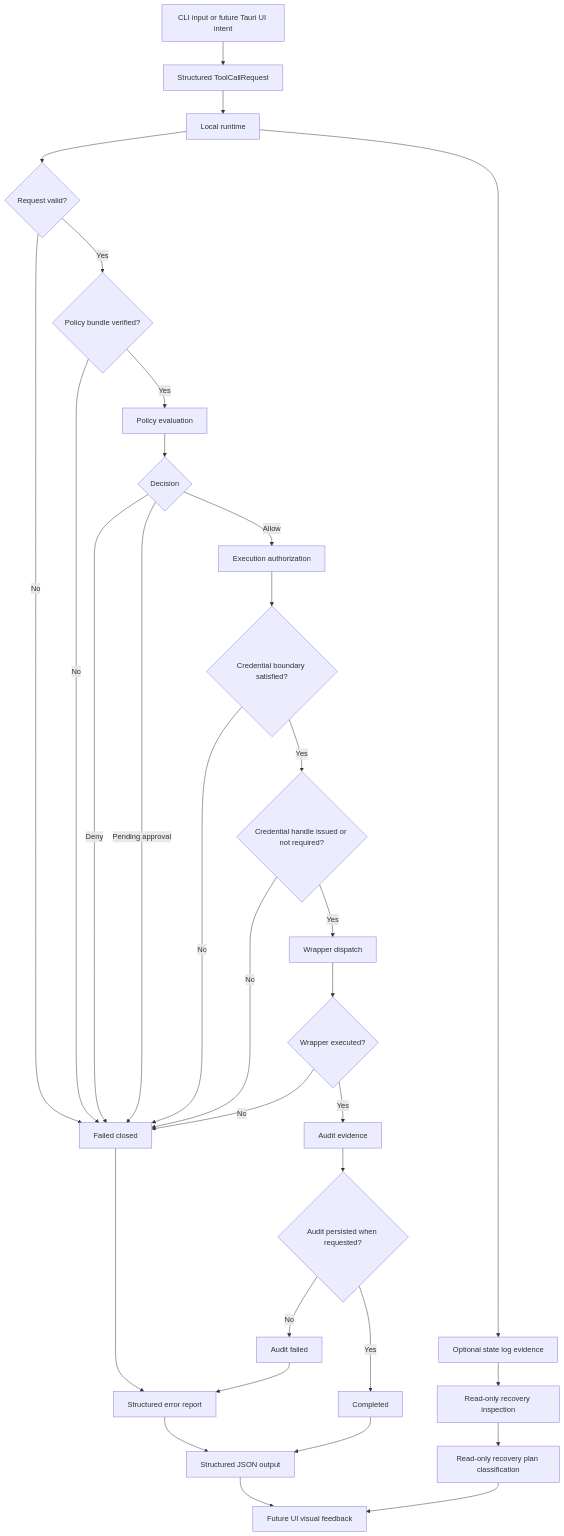
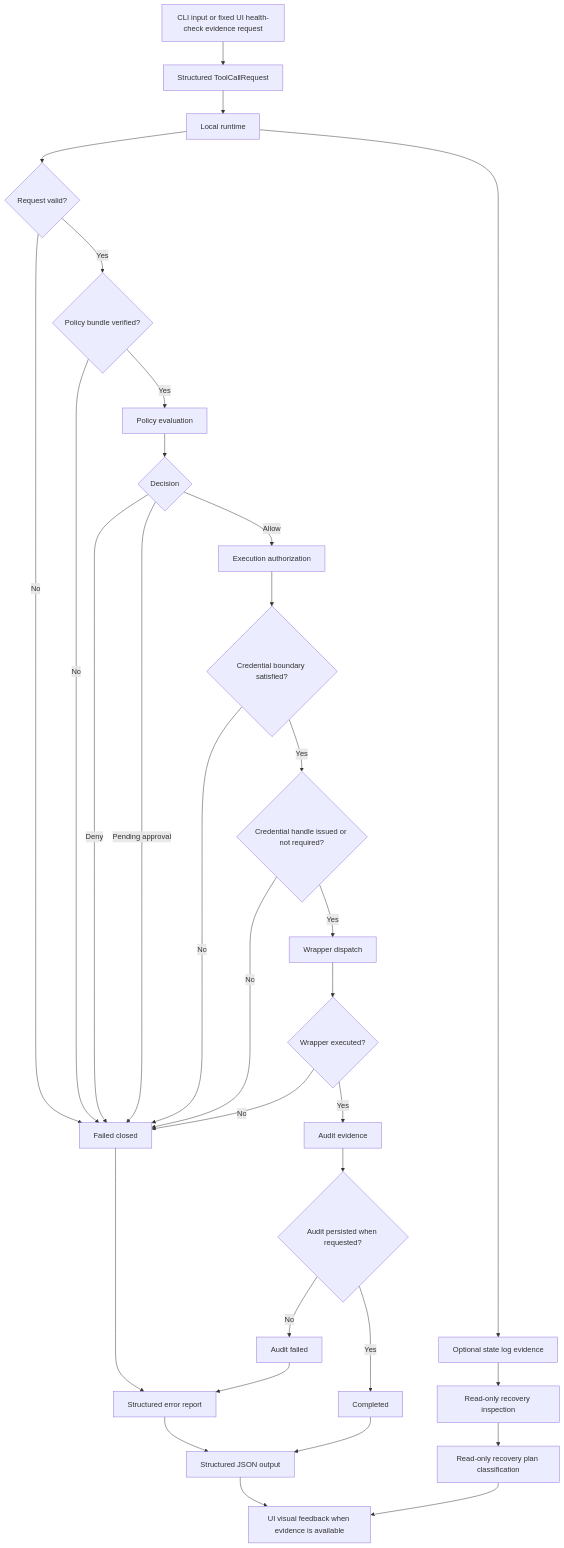
The diagram in docs/wiki/02-execution-flow.md (irgordon/aegis), drawn with Mermaid before and after one commit. The commit also changed other lines of this file and 12 other files, not shown here.

````diff
--- a/docs/wiki/02-execution-flow.md
+++ b/docs/wiki/02-execution-flow.md
@@ -37,34 +38,34 @@
 ```mermaid
 flowchart TD
-    A["CLI input or future Tauri UI intent"] --> B["Structured ToolCallRequest"]
+    A["CLI input or fixed UI health-check evidence request"] --> B["Structured ToolCallRequest"]
     B --> C["Local runtime"]
     C --> D{"Request valid?"}
     D -- "No" --> X["Failed closed"]
     D -- "Yes" --> E{"Policy bundle verified?"}
     E -- "No" --> X
     E -- "Yes" --> F["Policy evaluation"]
     F --> G{"Decision"}
     G -- "Deny" --> X
     G -- "Pending approval" --> X
     G -- "Allow" --> H["Execution authorization"]
     H --> I{"Credential boundary satisfied?"}
     I -- "No" --> X
     I -- "Yes" --> Q{"Credential handle issued or not required?"}
     Q -- "No" --> X
     Q -- "Yes" --> J["Wrapper dispatch"]
     J --> K{"Wrapper executed?"}
     K -- "No" --> X
     K -- "Yes" --> L["Audit evidence"]
     L --> M{"Audit persisted when requested?"}
     M -- "No" --> Y["Audit failed"]
     M -- "Yes" --> Z["Completed"]
     X --> S["Structured error report"]
     Y --> S
     Z --> T["Structured JSON output"]
     S --> T
-    T --> U["Future UI visual feedback"]
+    T --> U["UI visual feedback when evidence is available"]
     V["Optional state log evidence"] --> W["Read-only recovery inspection"]
     W --> N["Read-only recovery plan classification"]
     N --> U
     C --> V
 ```
````
